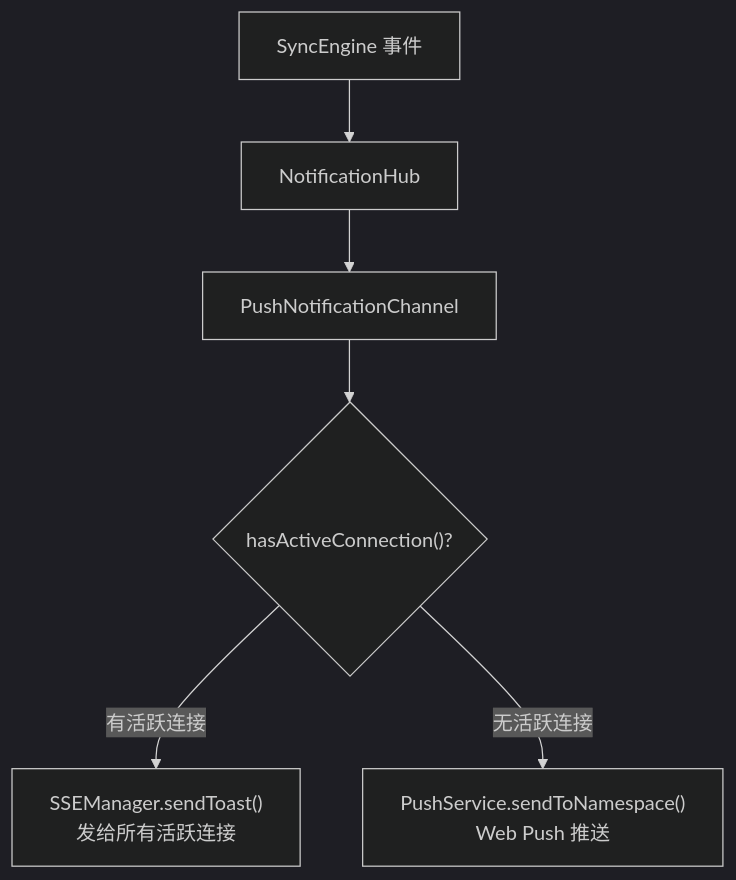
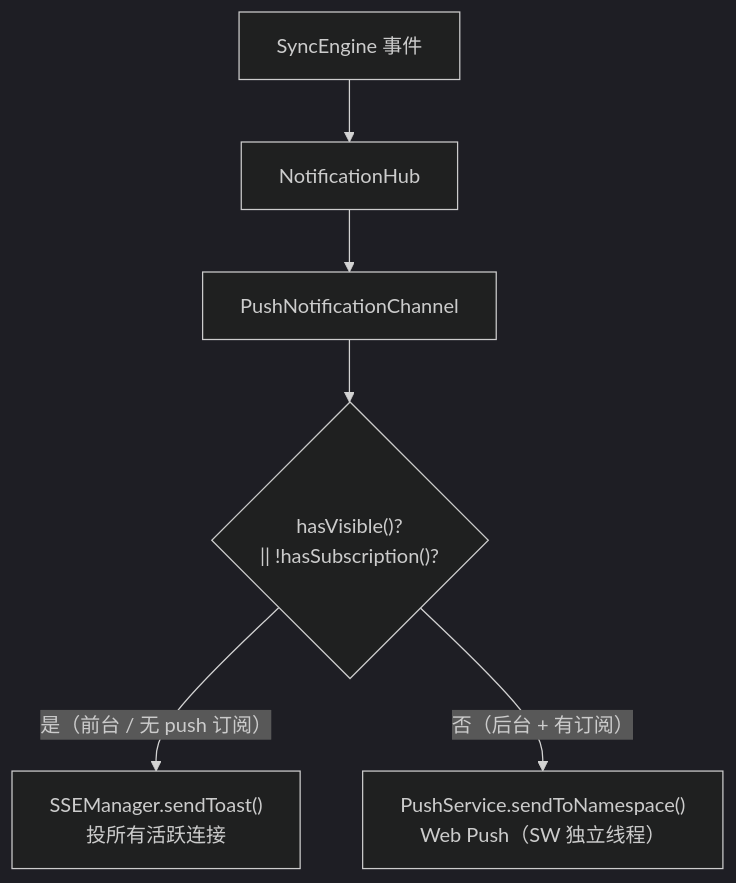
The third of 3 diagrams in docs/architecture/hub/visibility/README.md (ModuBit/mobi), drawn with Mermaid (dark theme) before and after one commit. The commit also changed other lines of this file and 5 other files, not shown here.

````diff
--- a/docs/architecture/hub/visibility/README.md
+++ b/docs/architecture/hub/visibility/README.md
@@ -84,8 +84,8 @@
 ```mermaid
 flowchart TB
     Event["SyncEngine 事件"] --> NH["NotificationHub"]
     NH --> PNC["PushNotificationChannel"]
-    PNC --> Check{"hasActiveConnection()?"}
-    Check -->|"有活跃连接"| SSE["SSEManager.sendToast()<br/>发给所有活跃连接"]
-    Check -->|"无活跃连接"| Push["PushService.sendToNamespace()<br/>Web Push 推送"]
+    PNC --> Check{"hasVisible()?<br/>|| !hasSubscription()?"}
+    Check -->|"是（前台 / 无 push 订阅）"| SSE["SSEManager.sendToast()<br/>投所有活跃连接"]
+    Check -->|"否（后台 + 有订阅）"| Push["PushService.sendToNamespace()<br/>Web Push（SW 独立线程）"]
 ```
````
